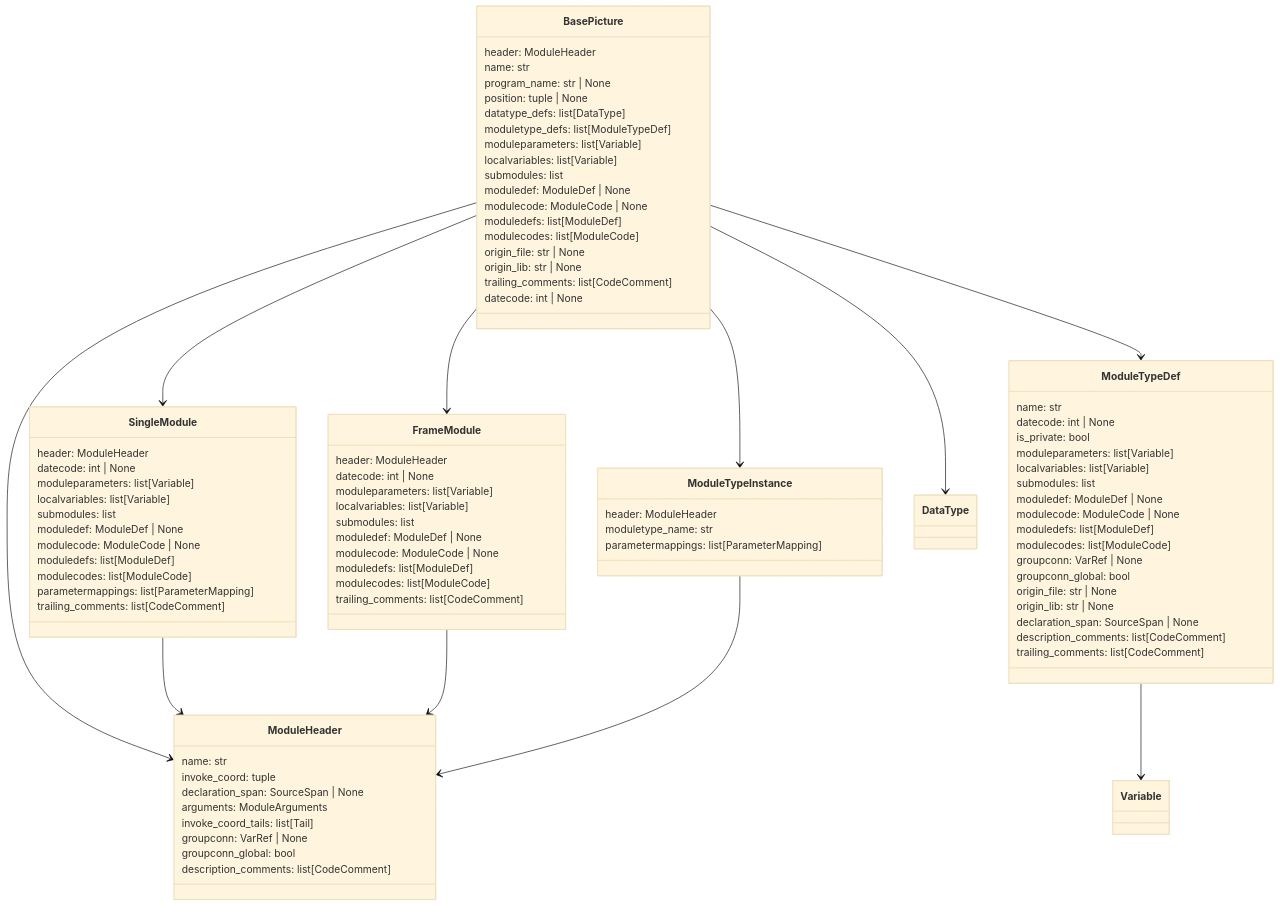
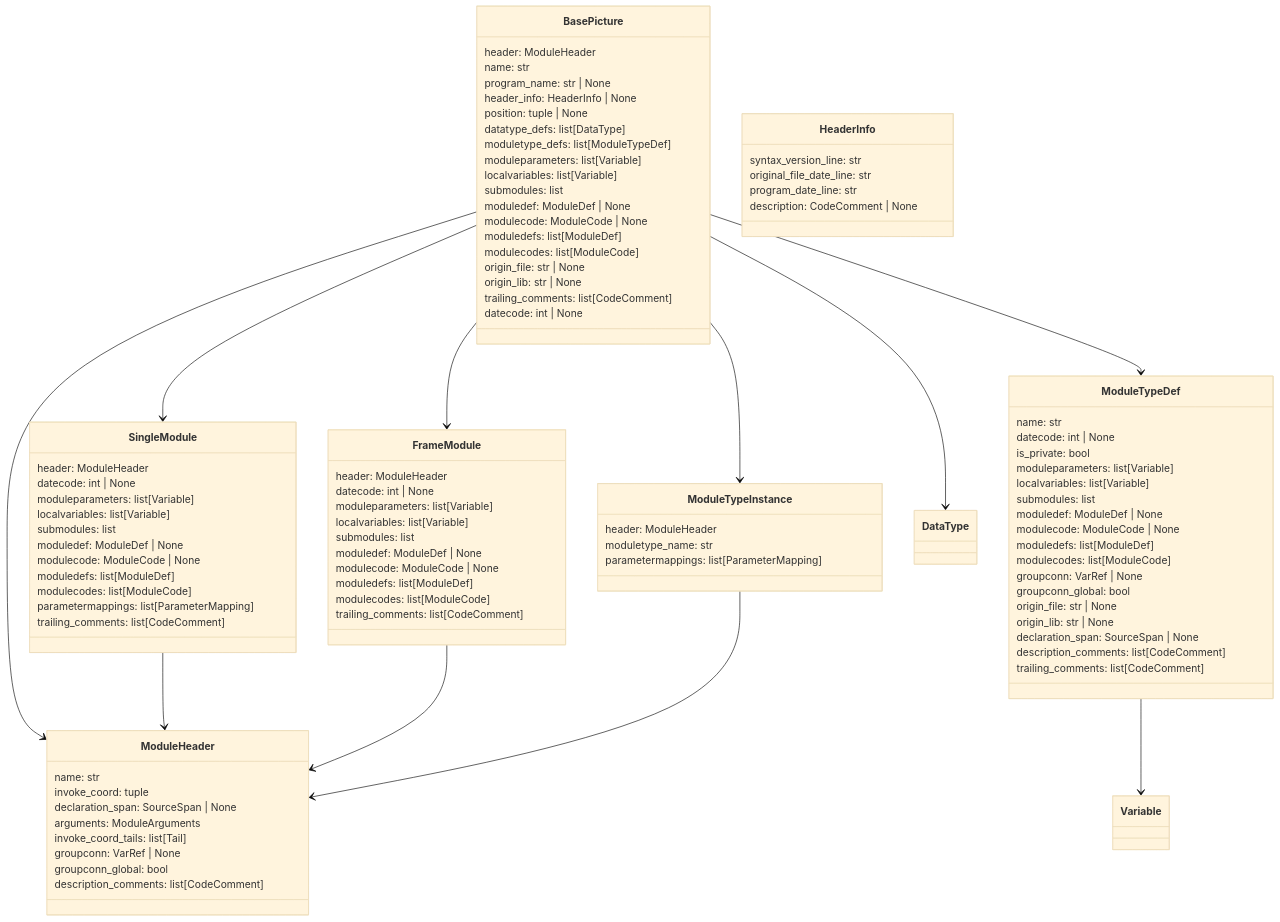
One commit to SorenHJohansen/sattline-parser changed the first of 6 diagrams in docs/ast.md. Above: the diagram before and after it, drawn with Mermaid (base theme). The commit also changed other lines of this file and 50 other files, not shown here.

```diff
--- a/docs/ast.md
+++ b/docs/ast.md
@@ -13,6 +13,7 @@
         header: ModuleHeader
         name: str
         program_name: str | None
+        header_info: HeaderInfo | None
         position: tuple | None
         datatype_defs: list[DataType]
         moduletype_defs: list[ModuleTypeDef]
@@ -27,6 +28,13 @@
         origin_lib: str | None
         trailing_comments: list[CodeComment]
         datecode: int | None
+    }
+
+    class HeaderInfo {
+        syntax_version_line: str
+        original_file_date_line: str
+        program_date_line: str
+        description: CodeComment | None
     }
 
     class ModuleHeader {
```
